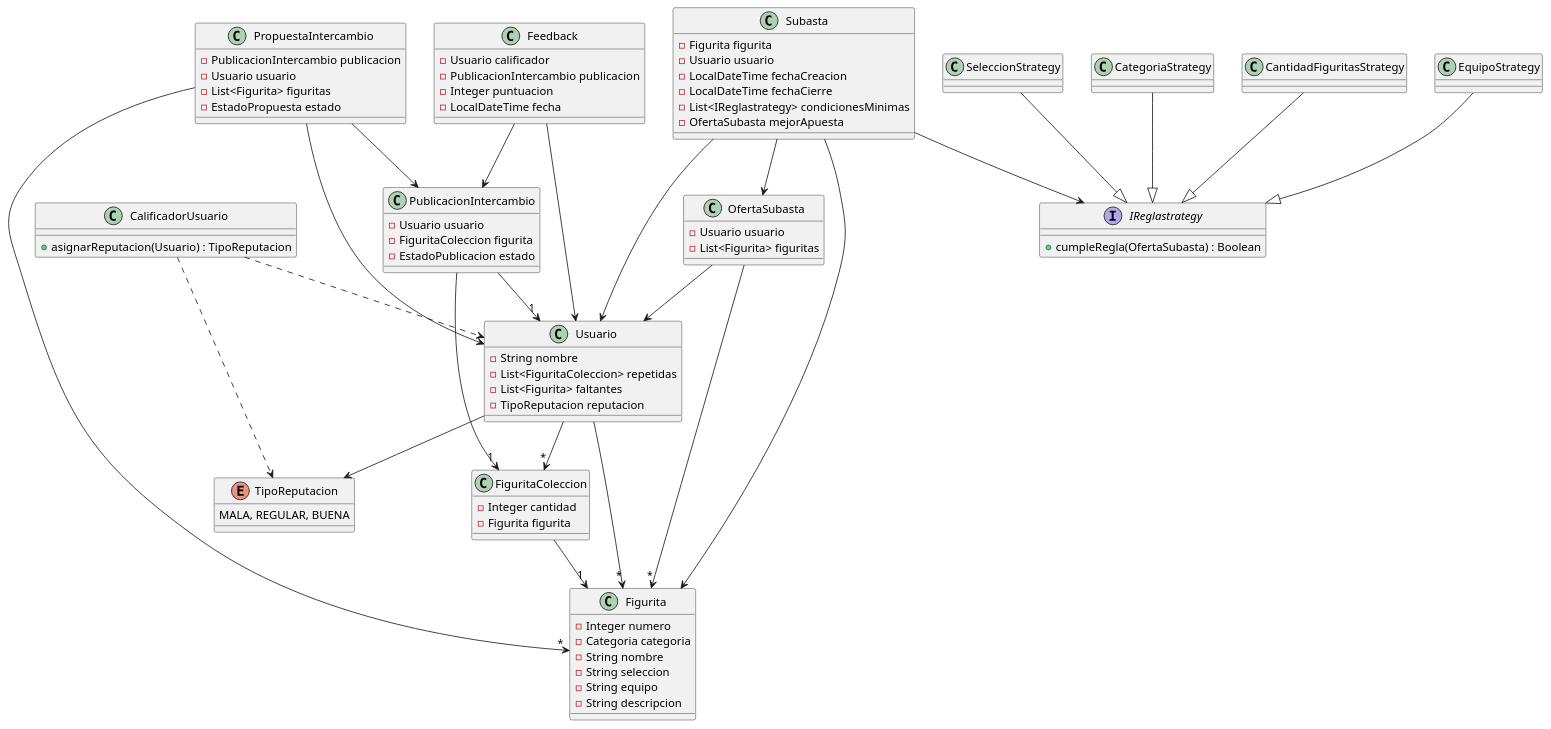
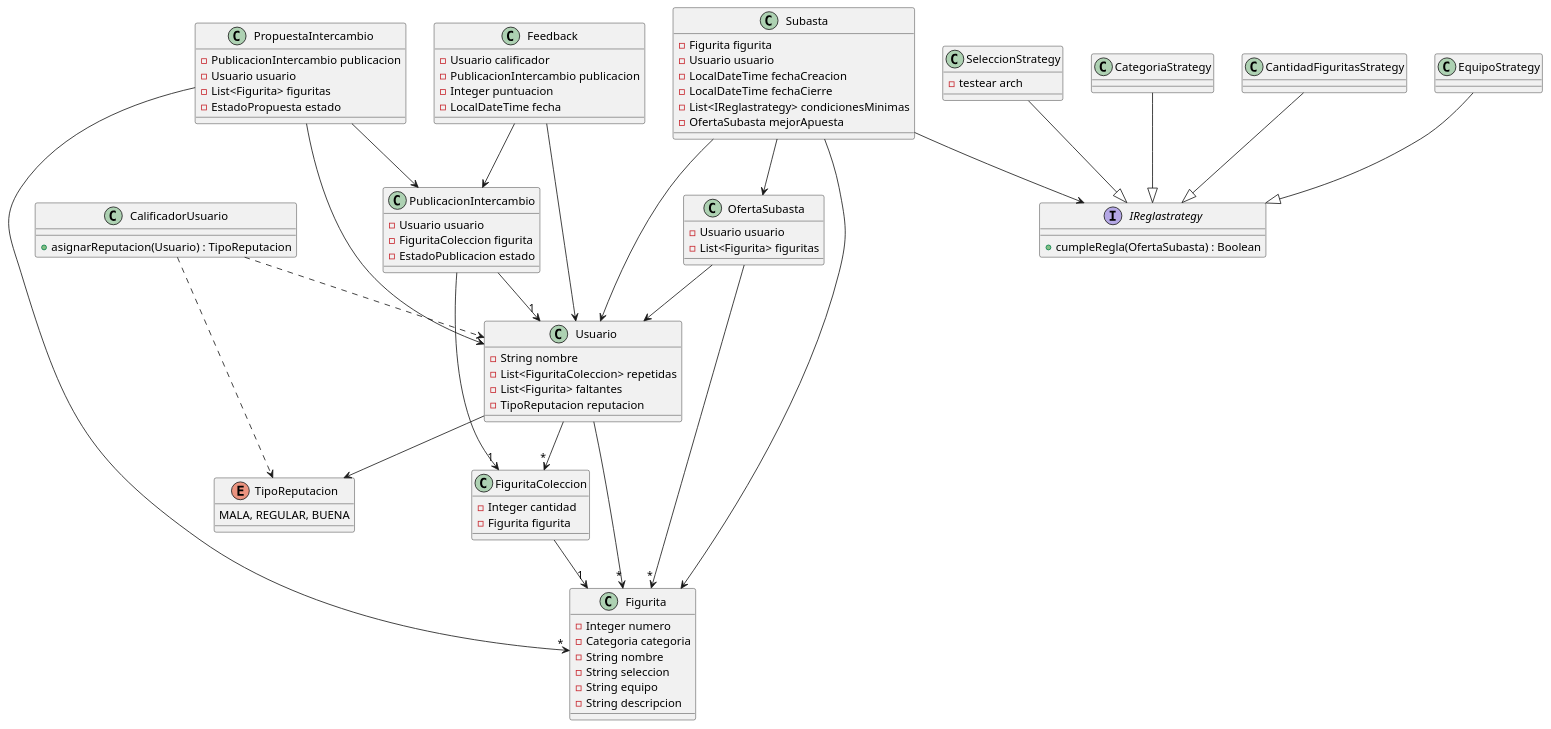
One commit to Leo-de-Riv3r/tp1c2026 changed the diagram in backend/dc.puml. Above: the diagram before and after it, drawn with PlantUML.

Commit message:
Add comment to SeleccionStrategy class
Added a comment to the SeleccionStrategy class.

```diff
--- a/backend/dc.puml
+++ b/backend/dc.puml
@@ -1,110 +1,110 @@
 @startuml
 'https://plantuml.com/class-diagram
 
 Usuario  --> "*" FiguritaColeccion
 FiguritaColeccion --> "1" Figurita
 Usuario --> "*" Figurita
 PublicacionIntercambio --> "1" Usuario
 PublicacionIntercambio --> "1" FiguritaColeccion
 PropuestaIntercambio --> PublicacionIntercambio
 PropuestaIntercambio --> Usuario
 PropuestaIntercambio --> "*" Figurita
 Subasta --> Figurita
 Subasta --> Usuario
 Subasta --> IReglastrategy
 Subasta --> OfertaSubasta
 OfertaSubasta --> Usuario
 OfertaSubasta --> "*" Figurita
 Feedback --> Usuario
 Feedback --> PublicacionIntercambio
 CalificadorUsuario ..> Usuario
 CalificadorUsuario ..> TipoReputacion
 Usuario --> TipoReputacion
 SeleccionStrategy --|> IReglastrategy
 CategoriaStrategy --|> IReglastrategy
 CantidadFiguritasStrategy --|> IReglastrategy
 EquipoStrategy --|> IReglastrategy
 
 class Figurita{
   - Integer numero
   - Categoria categoria
   - String nombre
   - String seleccion
   - String equipo
   - String descripcion
 }
 
 class FiguritaColeccion {
   - Integer cantidad
   - Figurita figurita
 }
 
 class OfertaSubasta {
   - Usuario usuario
   - List<Figurita> figuritas
 }
 
 class PropuestaIntercambio {
   - PublicacionIntercambio publicacion
   - Usuario usuario
   - List<Figurita> figuritas
   - EstadoPropuesta estado
 }
 
 class PublicacionIntercambio {
   - Usuario usuario
   - FiguritaColeccion figurita
   - EstadoPublicacion estado
 }
 
 class Subasta {
   - Figurita figurita
   - Usuario usuario
   - LocalDateTime fechaCreacion
   - LocalDateTime fechaCierre
   - List<IReglastrategy> condicionesMinimas
   - OfertaSubasta mejorApuesta
 }
 
 class Usuario {
   - String nombre
   - List<FiguritaColeccion> repetidas
   - List<Figurita> faltantes
   - TipoReputacion reputacion
 }
 
 class Feedback {
   - Usuario calificador
   - PublicacionIntercambio publicacion
   - Integer puntuacion
   - LocalDateTime fecha
 }
 
 
  ' Clase que sera llamada en cronjob¡
 class CalificadorUsuario{
 ' obtendra calificacion segun el promedio de las ultimas x calificaciones
   + asignarReputacion(Usuario) : TipoReputacion
 }
 
 enum TipoReputacion {
   MALA, REGULAR, BUENA
 }
 
 interface IReglastrategy{
   + cumpleRegla(OfertaSubasta) : Boolean
 }
 
 class CantidadFiguritasStrategy {
 }
 
 class CategoriaStrategy {
 }
 
 class EquipoStrategy {
 }
 
 class SeleccionStrategy{
-
+ - testear arch
 }
 @enduml
```
